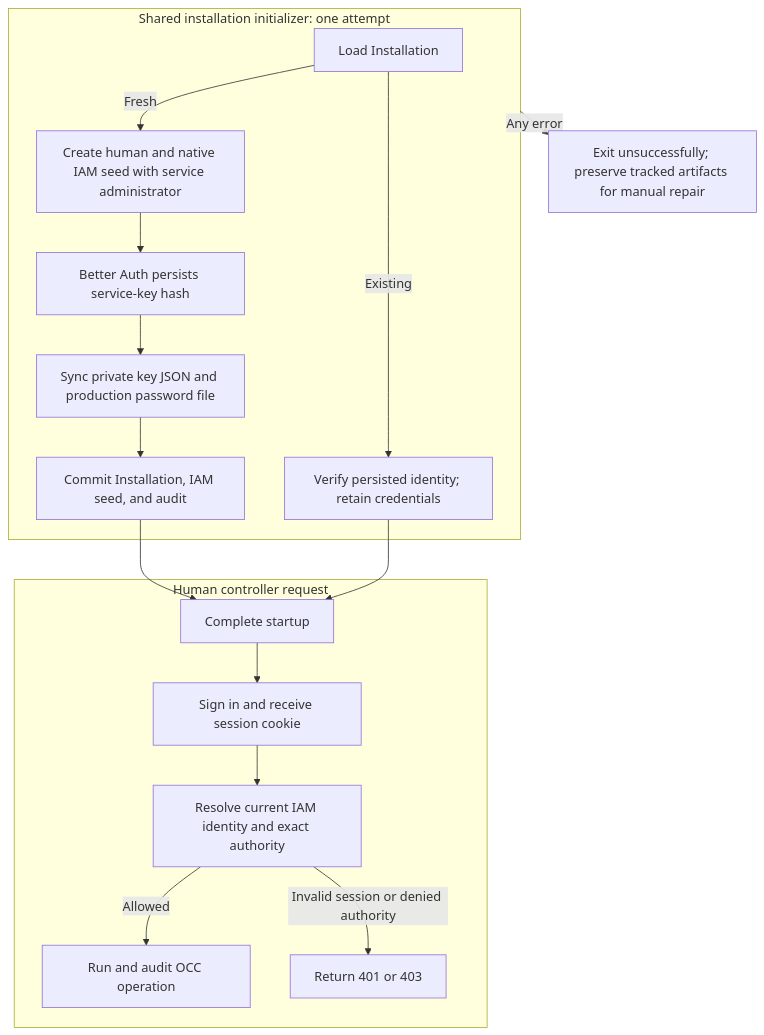
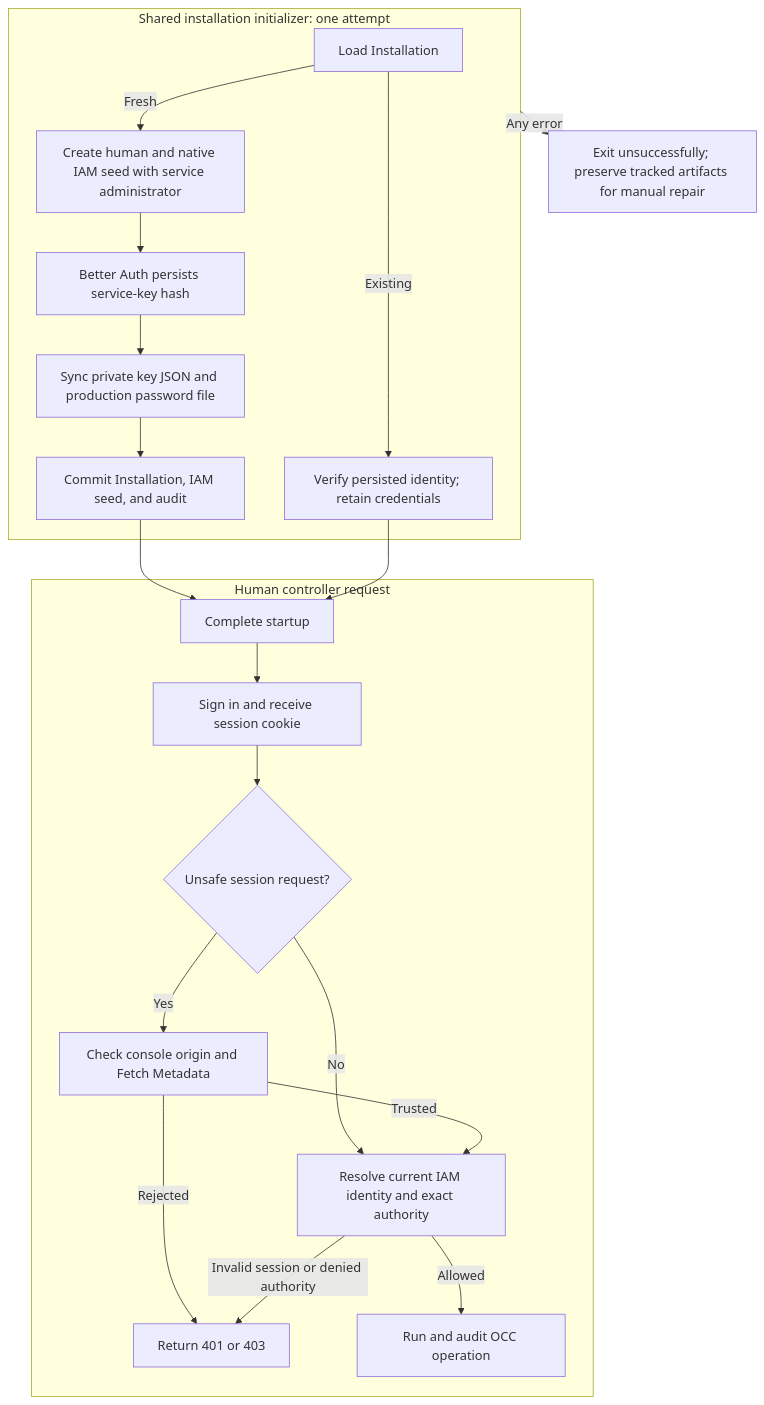
The diagram in docs/flows/local-password-authentication.md (IsaiahStapleton/openclaw-enterprise), drawn with Mermaid before and after one commit. The commit also changed other lines of this file and 13 other files, not shown here.

````diff
--- a/docs/flows/local-password-authentication.md
+++ b/docs/flows/local-password-authentication.md
@@ -34,19 +34,23 @@
 ```mermaid
 graph TD
   subgraph Bootstrap["Shared installation initializer: one attempt"]
     A["Load Installation"] -->|Existing| B["Verify persisted identity; retain credentials"]
     A -->|Fresh| C["Create human and native IAM seed with service administrator"]
     C --> D["Better Auth persists service-key hash"]
     D --> E["Sync private key JSON and production password file"]
     E --> F["Commit Installation, IAM seed, and audit"]
   end
   F --> G["Complete startup"]
   B --> G
   Bootstrap -->|Any error| H["Exit unsuccessfully; preserve tracked artifacts for manual repair"]
   subgraph Request["Human controller request"]
     G --> J["Sign in and receive session cookie"]
-    J --> K["Resolve current IAM identity and exact authority"]
+    J --> N{"Unsafe session request?"}
+    N -->|Yes| O["Check console origin and Fetch Metadata"]
+    N -->|No| K["Resolve current IAM identity and exact authority"]
+    O -->|Trusted| K
+    O -->|Rejected| M
     K -->|Allowed| L["Run and audit OCC operation"]
     K -->|Invalid session or denied authority| M["Return 401 or 403"]
   end
 ```
````
